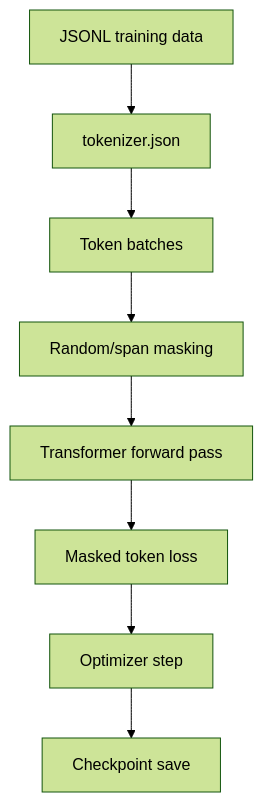
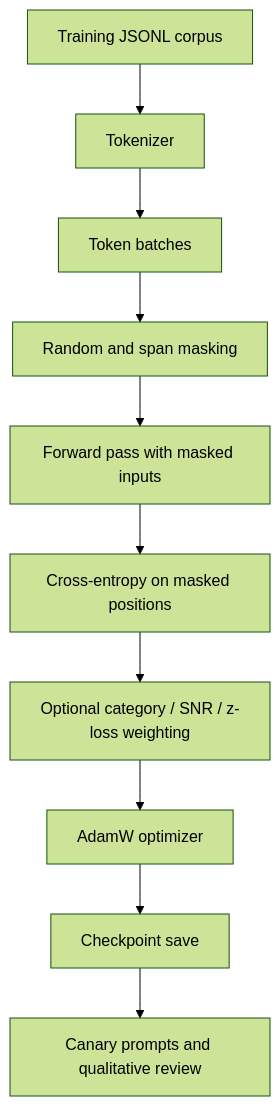
The third of 3 diagrams in docs/architecture.md (Chorozion/Casandra-t1-diffusion-edge-model), drawn with Mermaid (forest theme) before and after one commit. The commit also changed other lines of this file and 10 other files, not shown here.

````diff
--- a/docs/architecture.md
+++ b/docs/architecture.md
@@ -47,10 +85,12 @@
 ```mermaid
 flowchart TD
-    Data[JSONL training data] --> Tokenizer[tokenizer.json]
-    Tokenizer --> Batch[Token batches]
-    Batch --> Masking[Random/span masking]
-    Masking --> Forward[Transformer forward pass]
-    Forward --> Loss[Masked token loss]
-    Loss --> Optimizer[Optimizer step]
-    Optimizer --> Checkpoint[Checkpoint save]
+    D[Training JSONL corpus] --> T[Tokenizer]
+    T --> B[Token batches]
+    B --> M[Random and span masking]
+    M --> F[Forward pass with masked inputs]
+    F --> L[Cross-entropy on masked positions]
+    L --> W[Optional category / SNR / z-loss weighting]
+    W --> O[AdamW optimizer]
+    O --> S[Checkpoint save]
+    S --> E[Canary prompts and qualitative review]
 ```
````
